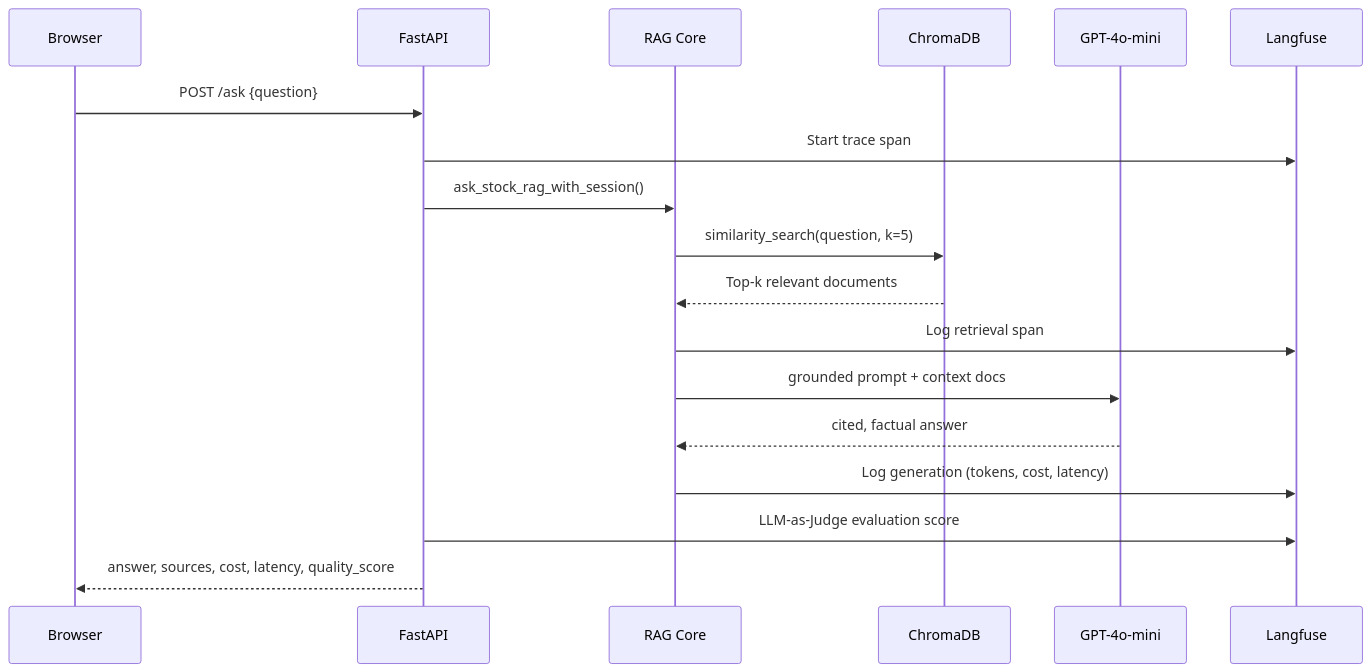
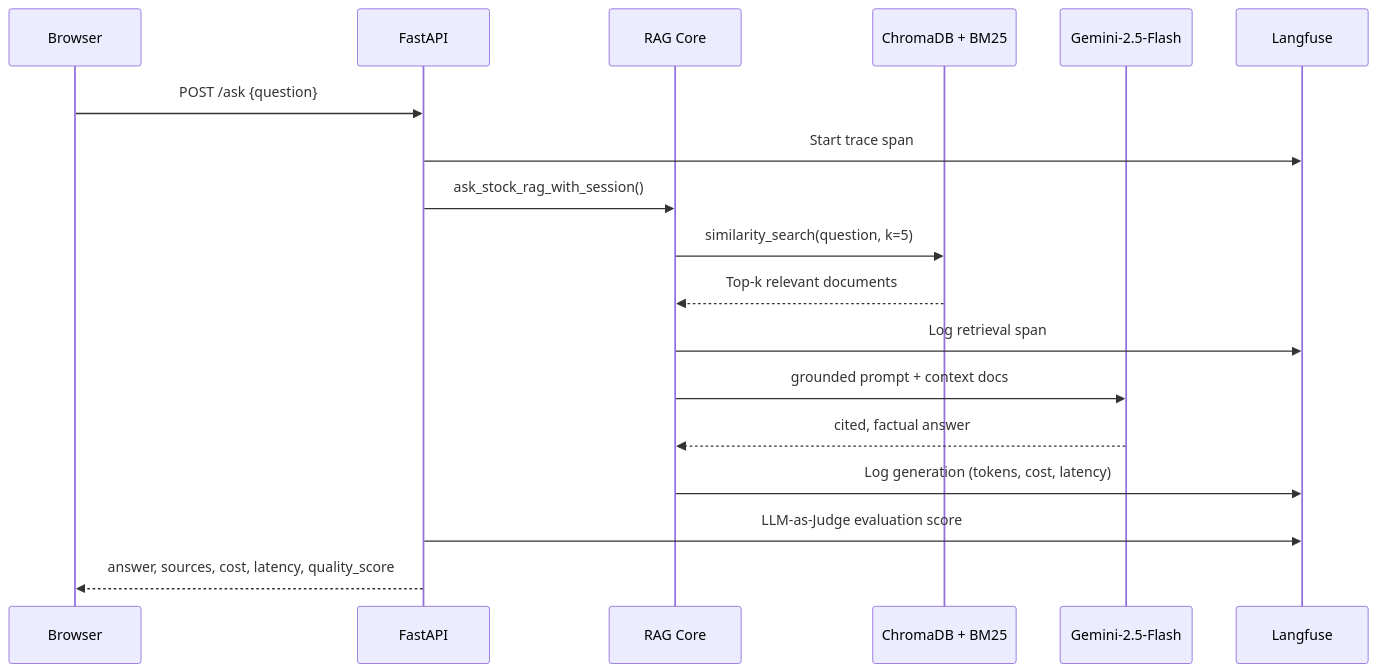
One commit to Shikhar-Kesharwani/STOCK_MARKET_LLM changed the first of 6 diagrams in README.md. Above: the diagram before and after it, drawn with Mermaid. The commit also changed other lines of this file, not shown here.

Commit message:
docs: update README to reflect Gemini, FastEmbed, and Debate features

````diff
--- a/README.md
+++ b/README.md
@@ -112,21 +113,21 @@
 ```mermaid
 sequenceDiagram
     participant User as Browser
     participant API as FastAPI
     participant RAG as RAG Core
-    participant VDB as ChromaDB
-    participant LLM as GPT-4o-mini
+    participant VDB as ChromaDB + BM25
+    participant LLM as Gemini-2.5-Flash
     participant LF as Langfuse
 
     User->>API: POST /ask {question}
     API->>LF: Start trace span
     API->>RAG: ask_stock_rag_with_session()
     RAG->>VDB: similarity_search(question, k=5)
     VDB-->>RAG: Top-k relevant documents
     RAG->>LF: Log retrieval span
     RAG->>LLM: grounded prompt + context docs
     LLM-->>RAG: cited, factual answer
     RAG->>LF: Log generation (tokens, cost, latency)
     API->>LF: LLM-as-Judge evaluation score
     API-->>User: answer, sources, cost, latency, quality_score
 ```
````
